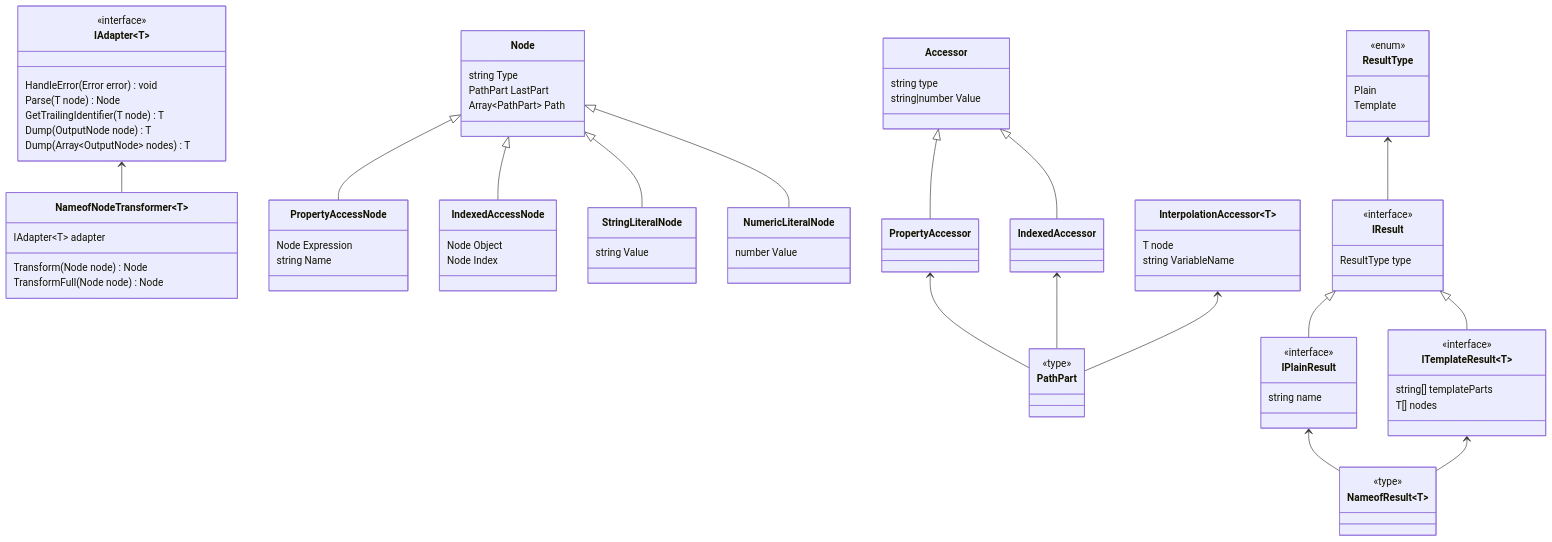
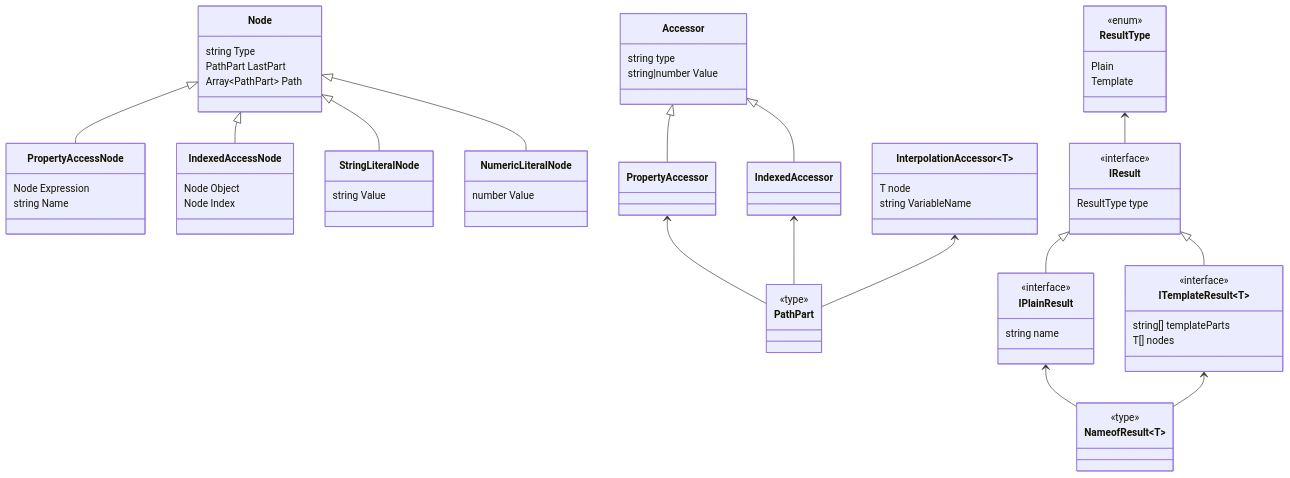
The third of 3 diagrams in ClassDiagram.md (typescript-nameof/nameof), drawn with Mermaid before and after one commit.

Commit message:
Split class diagrams

````diff
--- a/ClassDiagram.md
+++ b/ClassDiagram.md
@@ -86,20 +107,5 @@
 ```mermaid
 classDiagram
-    class IAdapter~T~ {
-        <<interface>>
-        HandleError(Error error) void
-        Parse(T node) Node
-        GetTrailingIdentifier(T node) T
-        Dump(OutputNode node) T
-        Dump(Array~OutputNode~ nodes) T
-    }
-
-    class NameofNodeTransformer~T~ {
-        IAdapter~T~ adapter
-        Transform(Node node) Node
-        TransformFull(Node node) Node
-    }
-
     class Node {
         string Type
         PathPart LastPart
@@ -175,8 +181,6 @@
     Node <|-- StringLiteralNode
     Node <|-- NumericLiteralNode
 
-    IAdapter <-- NameofNodeTransformer
-
     Accessor <|-- PropertyAccessor
     Accessor <|-- IndexedAccessor
     PropertyAccessor <-- PathPart
````
